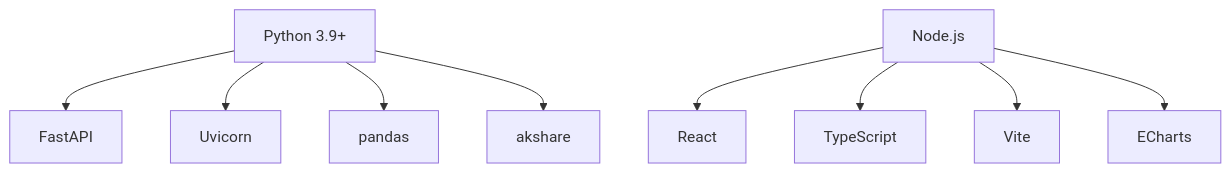
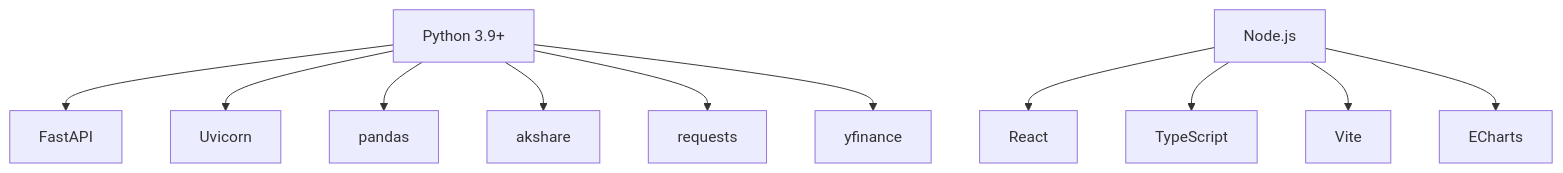
The fifth of 5 diagrams in .qoder/repowiki/zh/content/部署配置.md (dexy1024/fin-analysis), drawn with Mermaid before and after one commit. The commit also changed other lines of this file and 8 other files, not shown here.

````diff
--- a/.qoder/repowiki/zh/content/部署配置.md
+++ b/.qoder/repowiki/zh/content/部署配置.md
@@ -288,11 +333,13 @@
 ```mermaid
 graph TB
 PY["Python 3.9+"] --> FA["FastAPI"]
 PY --> UV["Uvicorn"]
 PY --> PD["pandas"]
 PY --> AS["akshare"]
+PY --> REQ["requests"]
+PY --> YF["yfinance"]
 NODE["Node.js"] --> RE["React"]
 NODE --> TS["TypeScript"]
 NODE --> VI["Vite"]
 NODE --> EC["ECharts"]
 ```
````
